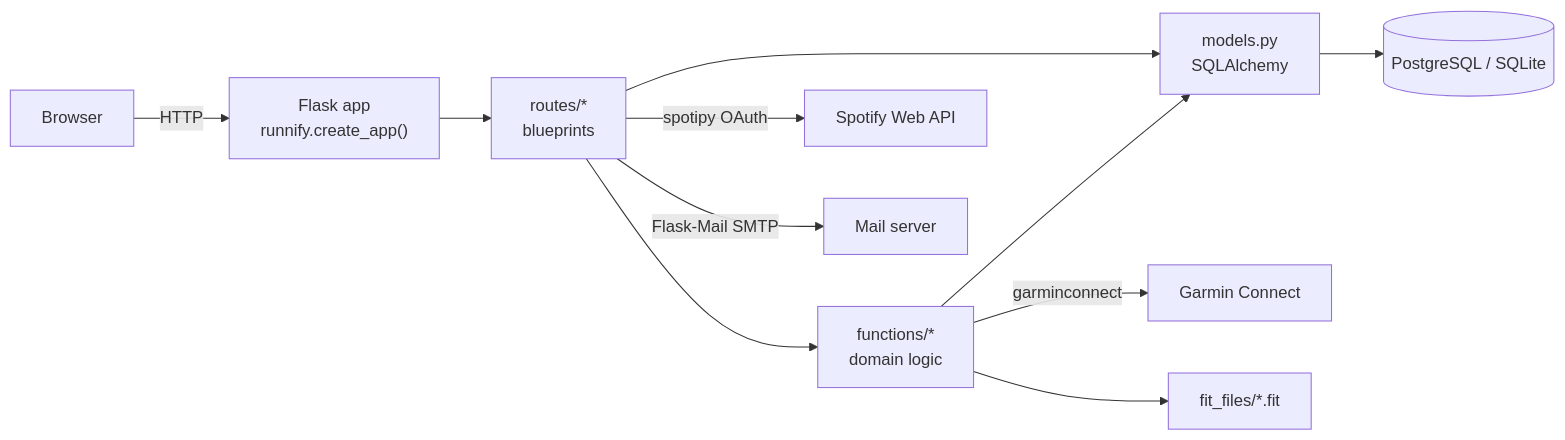
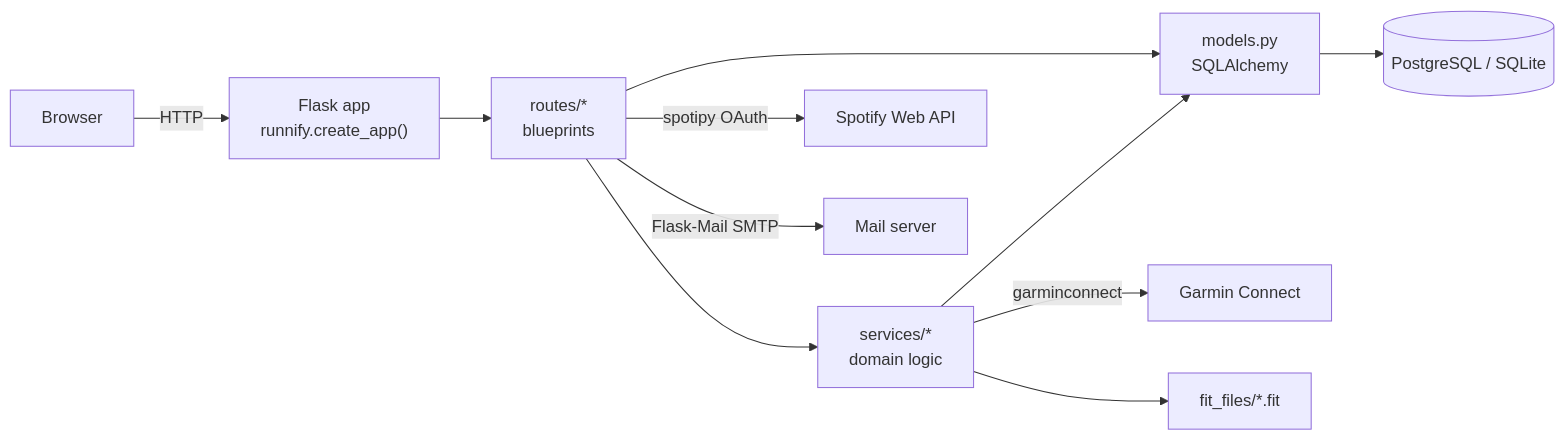
One commit to ColmAli-7/Runnify changed the first of 2 diagrams in docs/architecture.md. Above: the diagram before and after it, drawn with Mermaid. The commit also changed other lines of this file and 22 other files, not shown here.

````diff
--- a/docs/architecture.md
+++ b/docs/architecture.md
@@ -8,13 +8,13 @@
 ```mermaid
 flowchart LR
     Browser -->|HTTP| Flask["Flask app<br/>runnify.create_app()"]
     Flask --> Routes["routes/*<br/>blueprints"]
-    Routes --> Functions["functions/*<br/>domain logic"]
+    Routes --> Functions["services/*<br/>domain logic"]
     Routes --> Models["models.py<br/>SQLAlchemy"]
     Functions --> Models
     Models --> DB[("PostgreSQL / SQLite")]
     Functions -->|garminconnect| Garmin["Garmin Connect"]
     Functions --> FIT["fit_files/*.fit"]
     Routes -->|spotipy OAuth| Spotify["Spotify Web API"]
     Routes -->|Flask-Mail SMTP| Mail["Mail server"]
 ```
````
